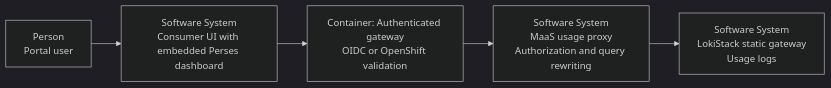
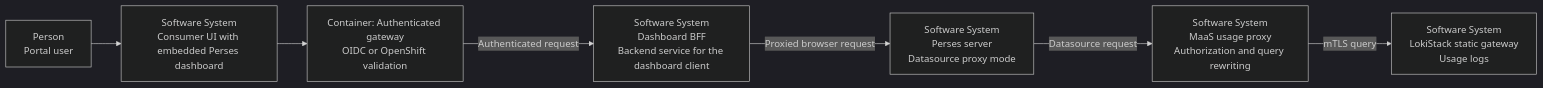
Before and after one commit to opendatahub-io/architecture-decision-records: the first of 3 diagrams in architecture-decision-records/model-serving/ODH-ADR-MS-0009-maas-usage-dashboard-oidc-authorization-and-data-scoping.md, drawn with Mermaid (dark theme). The commit also changed other lines of this file, not shown here.

````diff
--- a/architecture-decision-records/model-serving/ODH-ADR-MS-0009-maas-usage-dashboard-oidc-authorization-and-data-scoping.md
+++ b/architecture-decision-records/model-serving/ODH-ADR-MS-0009-maas-usage-dashboard-oidc-authorization-and-data-scoping.md
@@ -103,13 +56,17 @@
 ```mermaid
 flowchart LR
   user["Person<br/>Portal user"]
   ui["Software System<br/>Consumer UI with embedded Perses dashboard"]
   gateway["Container: Authenticated gateway<br/>OIDC or OpenShift validation"]
+  bff["Software System<br/>Dashboard BFF<br/>Backend service for the dashboard client"]
+  perses["Software System<br/>Perses server<br/>Datasource proxy mode"]
   usage["Software System<br/>MaaS usage proxy<br/>Authorization and query rewriting"]
   loki["Software System<br/>LokiStack static gateway<br/>Usage logs"]
 
   user --> ui
   ui --> gateway
-  gateway --> usage
-  usage --> loki
+  gateway -- "Authenticated request" --> bff
+  bff -- "Proxied browser request" --> perses
+  perses -- "Datasource request" --> usage
+  usage -- "mTLS query" --> loki
 ```
````
